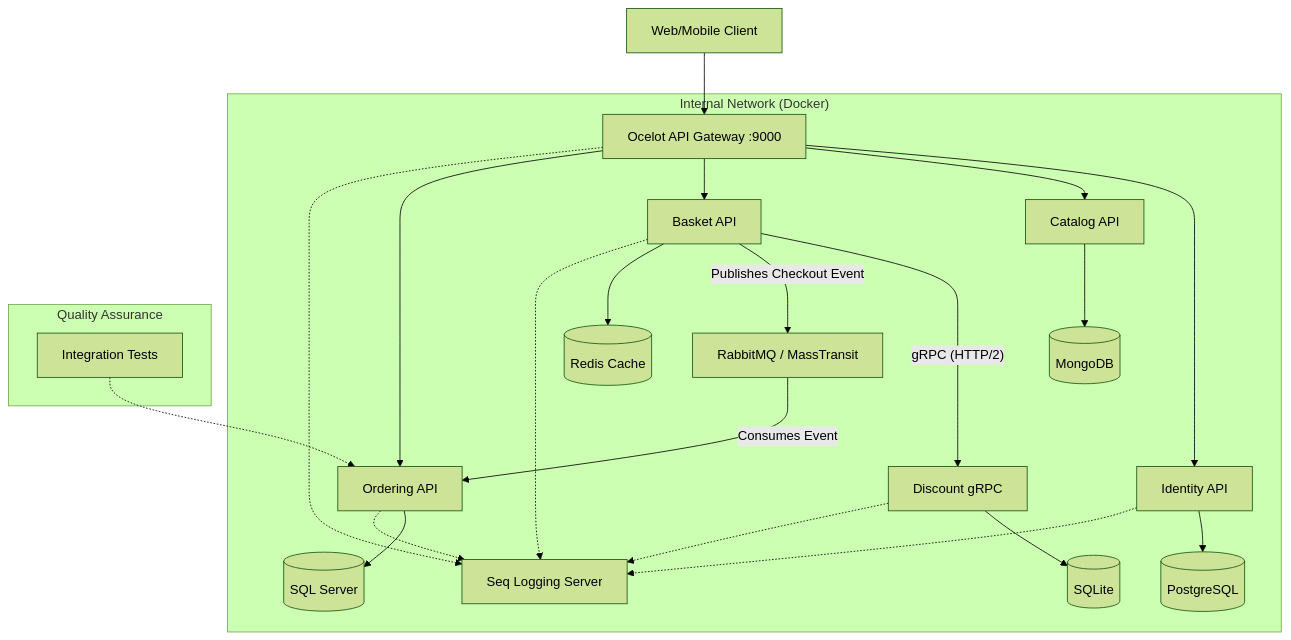
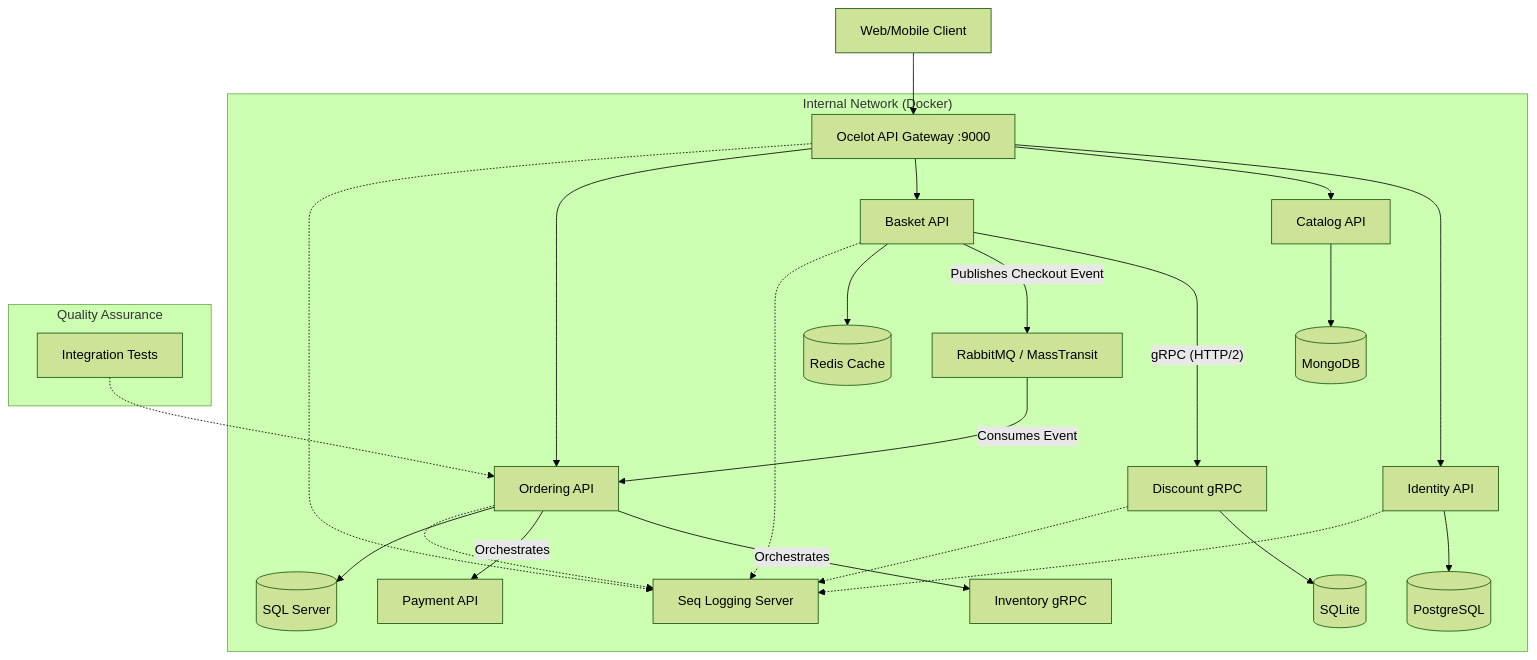
Before and after one commit to amirhosein2015/CoreSupply: the diagram in README.md, drawn with Mermaid (forest theme). The commit also changed other lines of this file, not shown here.

First line of the commit message:
docs(readme): update architecture diagram and roadmap for Saga phase

````diff
--- a/README.md
+++ b/README.md
@@ -25,36 +37,38 @@
 ```mermaid
 graph TD
     Client[Web/Mobile Client] --> Gateway[Ocelot API Gateway :9000]
     
     subgraph "Internal Network (Docker)"
         Gateway --> Identity[Identity API]
         Gateway --> Catalog[Catalog API]
         Gateway --> Basket[Basket API]
         Gateway --> Ordering[Ordering API]
         
         %% Synchronous Communication
         Basket -- gRPC (HTTP/2) --> Discount[Discount gRPC]
         Discount --> SQLite[(SQLite)]
 
         %% Asynchronous Communication
         Basket -- Publishes Checkout Event --> EventBus[RabbitMQ / MassTransit]
         EventBus -- Consumes Event --> Ordering
+        Ordering -- Orchestrates --> Inventory[Inventory gRPC]
+        Ordering -- Orchestrates --> Payment[Payment API]
         
         %% Data Stores
         Identity --> AuthDB[(PostgreSQL)]
         Catalog --> CatDB[(MongoDB)]
         Basket --> Redis[(Redis Cache)]
         Ordering --> OrderDB[(SQL Server)]
         
         %% Observability
         Ordering -.-> Seq[Seq Logging Server]
         Basket -.-> Seq
         Identity -.-> Seq
         Gateway -.-> Seq
         Discount -.-> Seq
     end
     
     subgraph "Quality Assurance"
         Tests[Integration Tests] -.-> Ordering
     end
 ```
````
